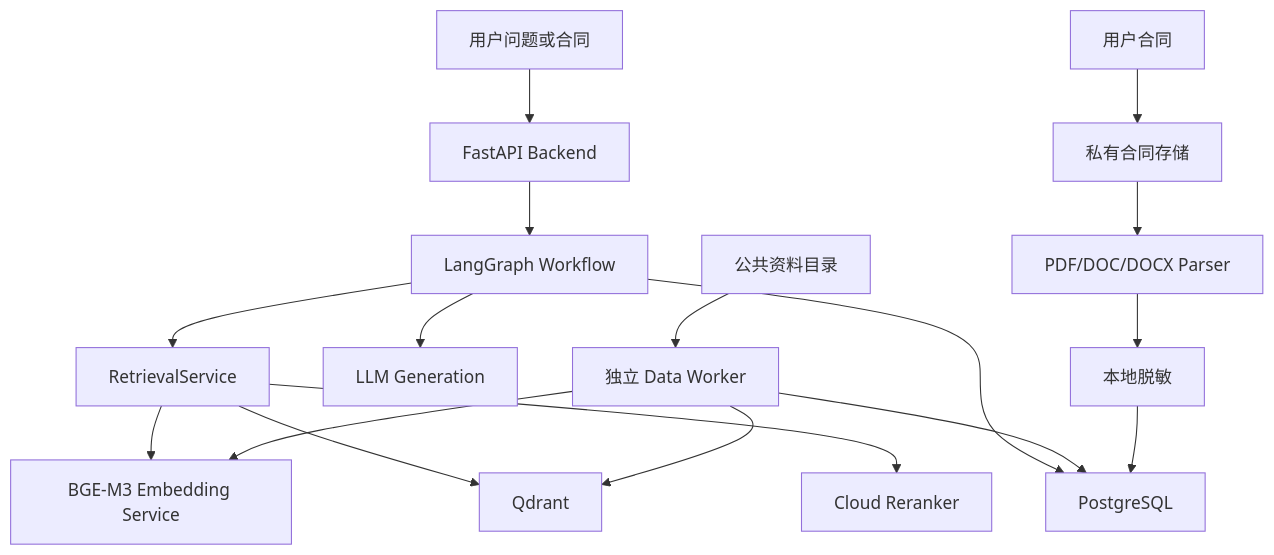
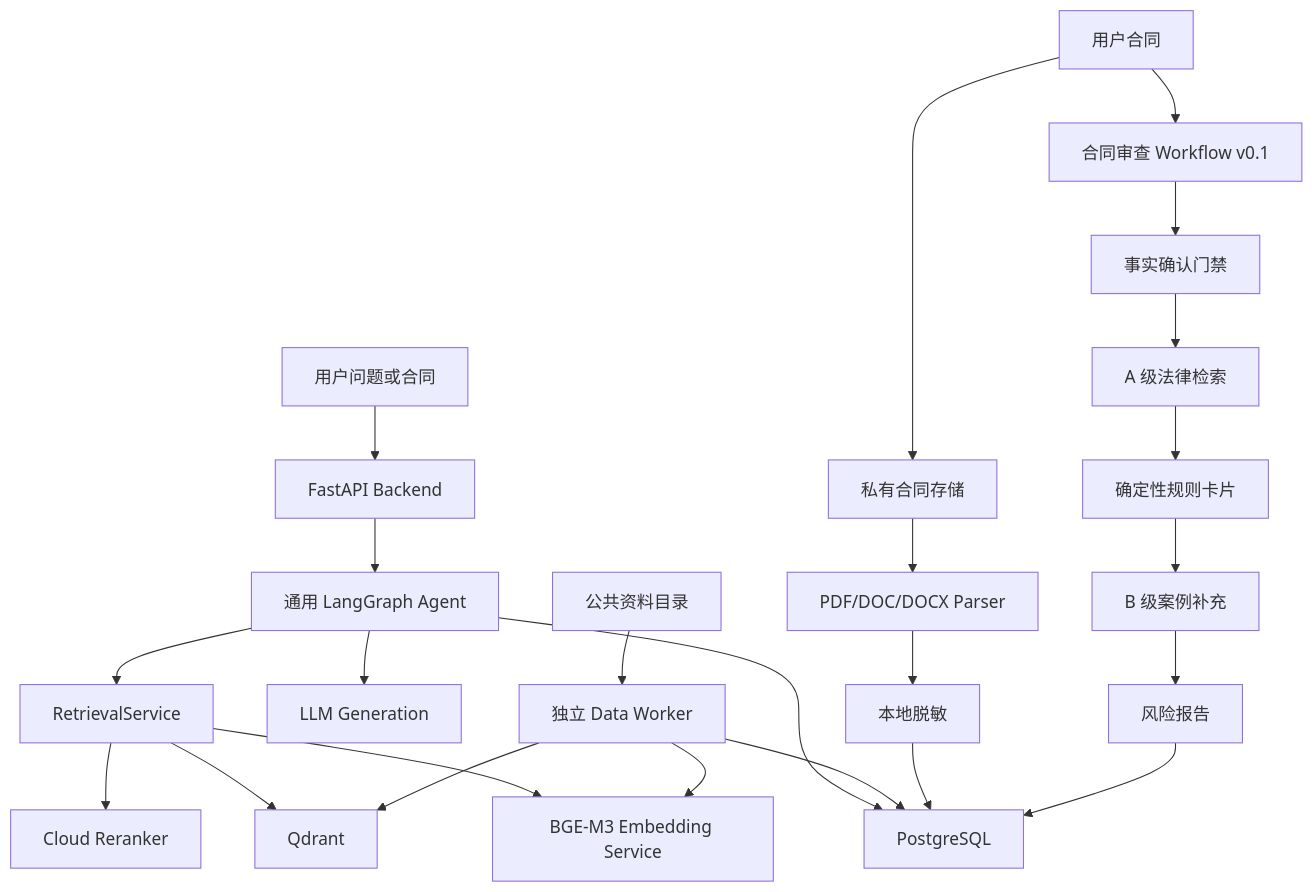
The diagram in README.md (ccxx777/-agent), drawn with Mermaid before and after one commit. The commit also changed other lines of this file and 18 other files, not shown here.

````diff
--- a/README.md
+++ b/README.md
@@ -115,19 +120,26 @@
 ```mermaid
 flowchart TB
     U[用户问题或合同] --> API[FastAPI Backend]
-    API --> G[LangGraph Workflow]
+    API --> G[通用 LangGraph Agent]
     G --> RS[RetrievalService]
     RS --> E[BGE-M3 Embedding Service]
     RS --> Q[Qdrant]
     RS --> RR[Cloud Reranker]
     G --> L[LLM Generation]
     G --> PG[PostgreSQL]
     D[公共资料目录] --> DW[独立 Data Worker]
     DW --> E
     DW --> Q
     DW --> PG
     C[用户合同] --> CS[私有合同存储]
     CS --> CP[PDF/DOC/DOCX Parser]
     CP --> RED[本地脱敏]
     RED --> PG
+    C --> CW[合同审查 Workflow v0.1]
+    CW --> FC[事实确认门禁]
+    FC --> LA[A 级法律检索]
+    LA --> RE[确定性规则卡片]
+    RE --> LB[B 级案例补充]
+    LB --> RP[风险报告]
+    RP --> PG
 ```
````
